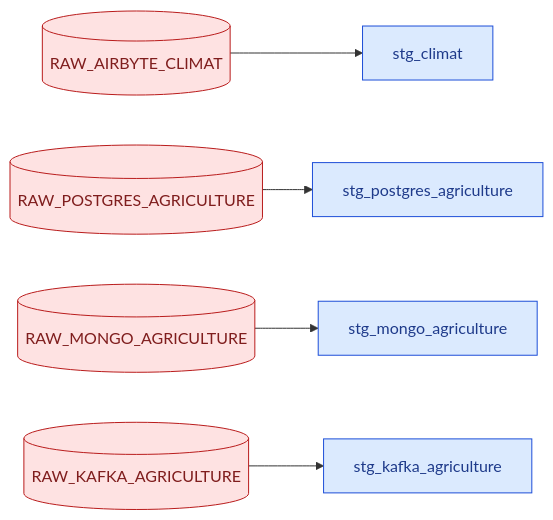
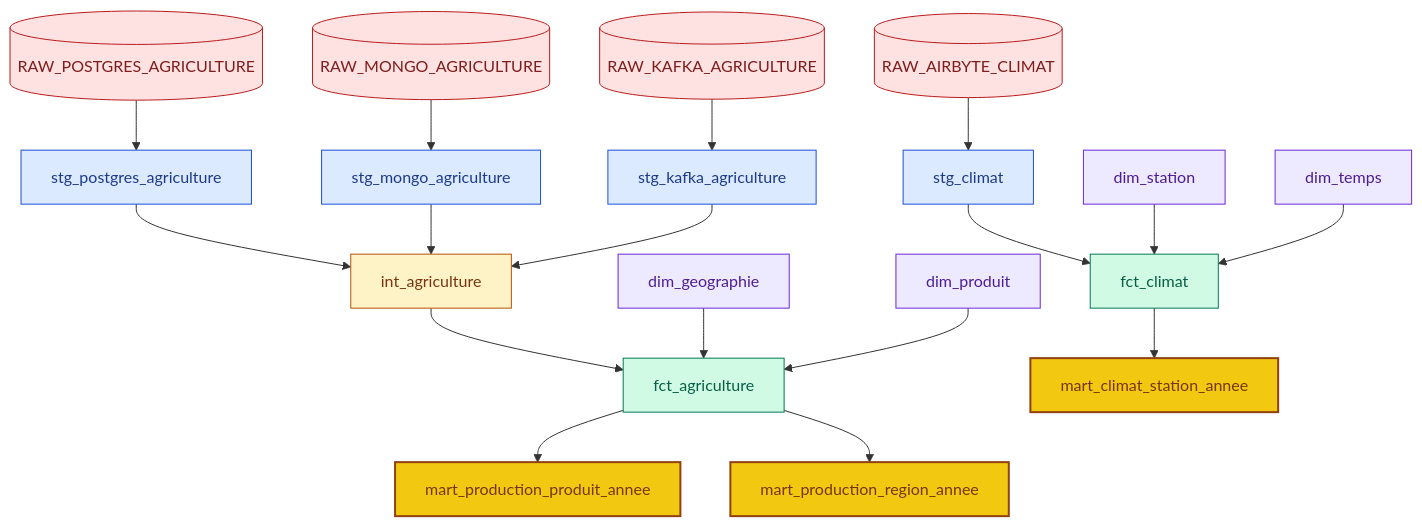
Before and after one commit to abdoudjigo/assaman-suuf: the third of 11 diagrams in dbt_project/README_dbt_staging.md, drawn with Mermaid. The commit also changed other lines of this file, not shown here.

````diff
--- a/dbt_project/README_dbt_staging.md
+++ b/dbt_project/README_dbt_staging.md
@@ -160,12 +81,34 @@
 ```mermaid
-flowchart LR
-    R1[("RAW_AIRBYTE_CLIMAT")] --> SC["stg_climat"]
-    R2[("RAW_POSTGRES_AGRICULTURE")] --> SP["stg_postgres_agriculture"]
-    R3[("RAW_MONGO_AGRICULTURE")] --> SM["stg_mongo_agriculture"]
-    R4[("RAW_KAFKA_AGRICULTURE")] --> SK["stg_kafka_agriculture"]
+flowchart TB
+    R1[("RAW_POSTGRES_AGRICULTURE")] --> S1["stg_postgres_agriculture"]
+    R2[("RAW_MONGO_AGRICULTURE")] --> S2["stg_mongo_agriculture"]
+    R3[("RAW_KAFKA_AGRICULTURE")] --> S3["stg_kafka_agriculture"]
+    R4[("RAW_AIRBYTE_CLIMAT")] --> S4["stg_climat"]
+
+    S1 & S2 & S3 --> INT["int_agriculture"]
+
+    INT --> FA["fct_agriculture"]
+    S4 --> FC["fct_climat"]
+
+    DG["dim_geographie"] --> FA
+    DP["dim_produit"] --> FA
+    DS["dim_station"] --> FC
+    DT["dim_temps"] --> FC
+
+    FA --> M1["mart_production_produit_annee"]
+    FA --> M2["mart_production_region_annee"]
+    FC --> M3["mart_climat_station_annee"]
 
     classDef raw fill:#FEE2E2,stroke:#B91C1C,color:#7F1D1D
     classDef stg fill:#DBEAFE,stroke:#1D4ED8,color:#1E3A8A
+    classDef inter fill:#FEF3C7,stroke:#B45309,color:#78350F
+    classDef dim fill:#EDE9FE,stroke:#6D28D9,color:#4C1D95
+    classDef fait fill:#D1FAE5,stroke:#047857,color:#065F46
+    classDef mart fill:#F2C811,stroke:#92400E,color:#78350F,stroke-width:2px
     class R1,R2,R3,R4 raw
-    class SC,SP,SM,SK stg
+    class S1,S2,S3,S4 stg
+    class INT inter
+    class DG,DP,DS,DT dim
+    class FA,FC fait
+    class M1,M2,M3 mart
 ```
````
